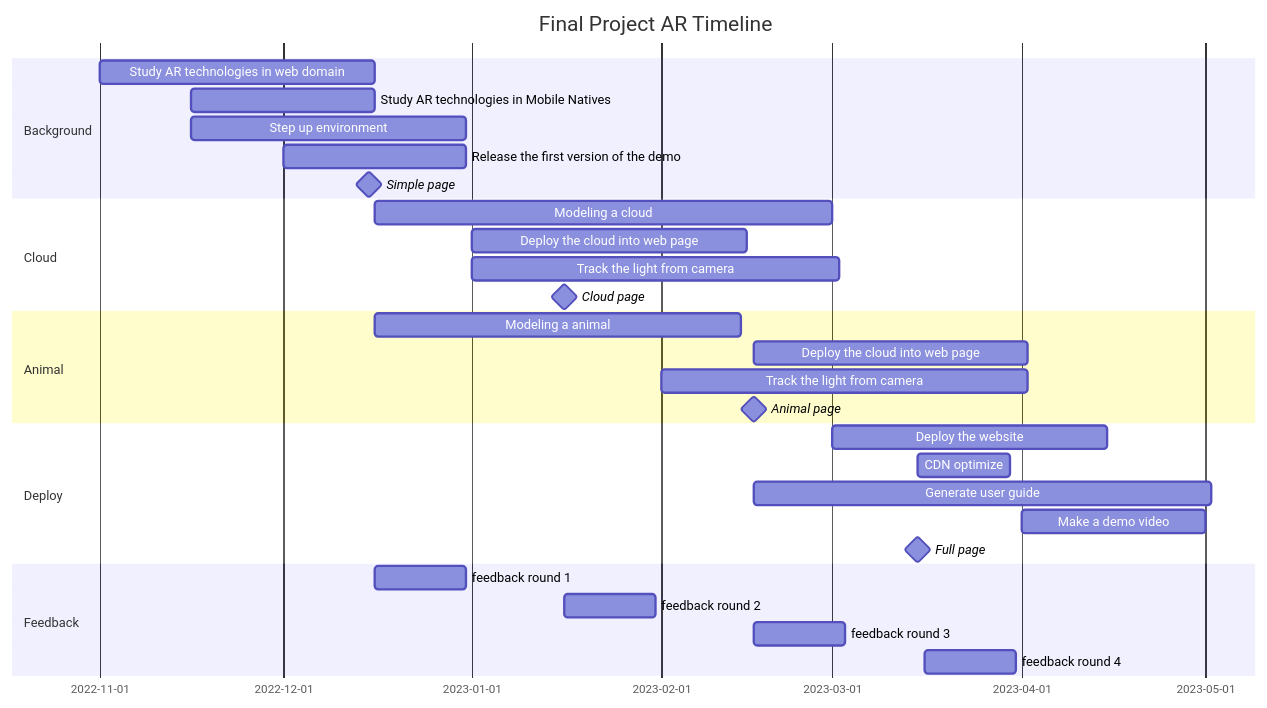
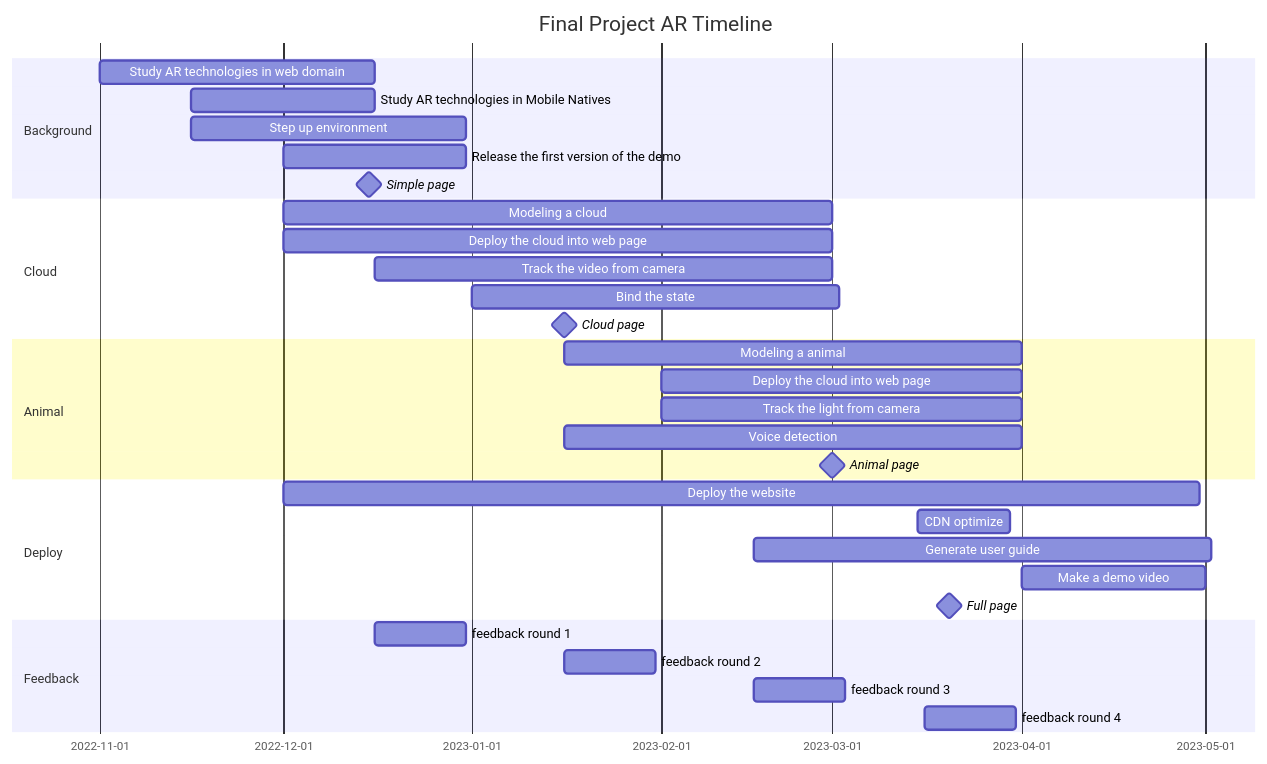
Before and after one commit to LAWTED/final-project-ar-presentation: the diagram in slides.md, drawn with Mermaid. The commit also changed other lines of this file, not shown here.

Commit message:
feat: add subtask and voice detect

````diff
--- a/slides.md
+++ b/slides.md
@@ -180,38 +179,40 @@
 ```mermaid
 gantt
     title Final Project AR Timeline
     dateFormat  YYYY-MM-DD
     section Background
     Study AR technologies in web domain :a1, 2022-11-01, 45d
     Study AR technologies in Mobile Natives :a2, 2022-11-16  , 30d
     Step up environment :a3, 2022-11-16 , 45d
     Release the first version of the demo :a4, 2022-12-01, 30d
     Simple page :milestone, 2022-12-15, 0d
 
 
     section Cloud
-    Modeling a cloud :b1, 2022-12-16, 75d
-    Deploy the cloud into web page     :b1, 2023-01-01  , 45d
-    Track the light from camera :b3, 2023-01-01 , 60d
+    Modeling a cloud :b1, 2022-12-01, 90d
+    Deploy the cloud into web page     :b1, 2022-12-01  , 90d
+    Track the video from camera :b3, 2022-12-16 , 75d
+    Bind the state :b4, 2023-01-01, 60d
     Cloud page :milestone, 2023-01-16, 0d
 
     section Animal
-    Modeling a animal :c1, 2022-12-16, 60d
-    Deploy the cloud into web page     :c1, 2023-02-16  , 45d
-    Track the light from camera :c3, 2023-02-01 , 60d
-    Animal page :milestone, 2023-2-16, 0d
+    Modeling a animal :c1, 2023-01-16, 75d
+    Deploy the cloud into web page     :c1, 2023-02-01  , 59d
+    Track the light from camera :c3, 2023-02-01 , 59d
+    Voice detection :c4, 2023-01-16, 75d
+    Animal page :milestone, 2023-3-01, 0d
 
     section Deploy
-    Deploy the website :d1, 2023-03-01, 45d
+    Deploy the website :d1, 2022-12-01, 150d
     CDN optimize :d2, 2023-03-15, 15d
     Generate user guide :d3, 2023-02-16, 75d
     Make a demo video :d4, 2023-04-01, 30d
-    Full page :milestone, 2023-03-15, 0d
+    Full page :milestone, 2023-03-20, 0d
 
     section Feedback
     feedback round 1 :e1, 2022-12-16, 15d
     feedback round 2 :e2, 2023-01-16, 15d
     feedback round 3 :e2, 2023-02-16, 15d
     feedback round 4 :e2, 2023-03-16, 15d
 
 ```
````
